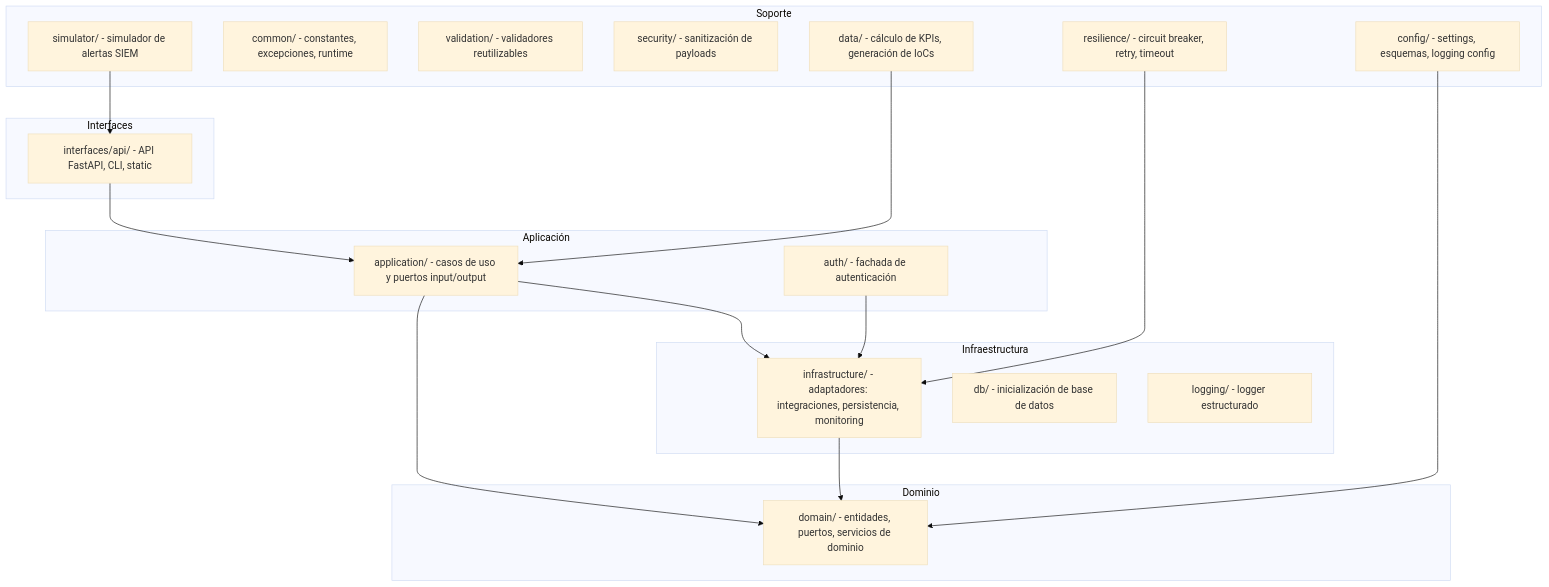
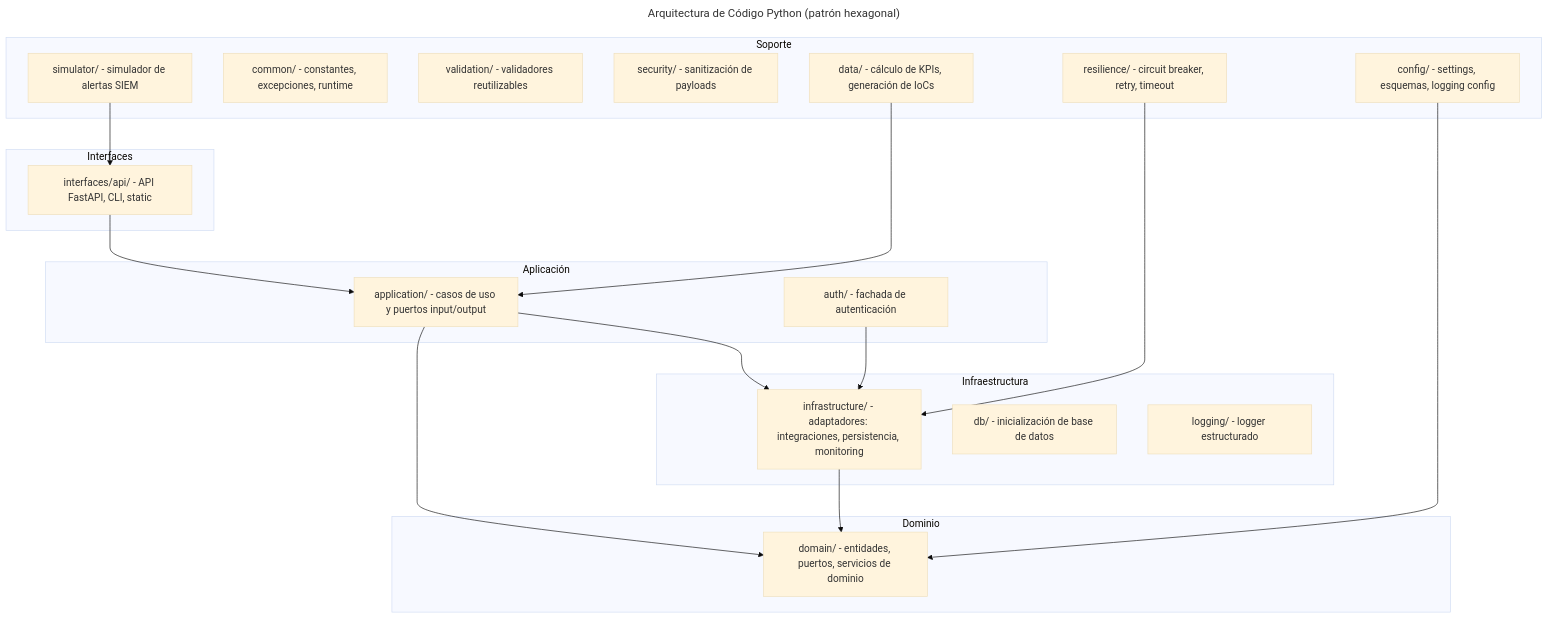
Before and after one commit to alesanfe/soar-ransomware-lab: the second of 11 diagrams in docs/thesis/specific_development.md, drawn with Mermaid (base theme). The commit also changed other lines of this file, not shown here.

First line of the commit message:
docs(thesis): anadir titulo a los 11 diagramas Mermaid

````diff
--- a/docs/thesis/specific_development.md
+++ b/docs/thesis/specific_development.md
@@ -145,41 +148,44 @@
 ```mermaid
+---
+title: Arquitectura de Código Python (patrón hexagonal)
+---
 graph TD
     subgraph Dominio
         D1[domain/ - entidades, puertos, servicios de dominio]
     end
 
     subgraph Aplicación
         A1[application/ - casos de uso y puertos input/output]
         A2[auth/ - fachada de autenticación]
     end
 
     subgraph Infraestructura
         I1[infrastructure/ - adaptadores: integraciones, persistencia, monitoring]
         I2[db/ - inicialización de base de datos]
         I3[logging/ - logger estructurado]
     end
 
     subgraph Interfaces
         IF1[interfaces/api/ - API FastAPI, CLI, static]
     end
 
     subgraph Soporte
         S1[config/ - settings, esquemas, logging config]
         S2[common/ - constantes, excepciones, runtime]
         S3[validation/ - validadores reutilizables]
         S4[security/ - sanitización de payloads]
         S5[resilience/ - circuit breaker, retry, timeout]
         S6[simulator/ - simulador de alertas SIEM]
         S7[data/ - cálculo de KPIs, generación de IoCs]
     end
 
     IF1 --> A1
     A1 --> D1
     A1 --> I1
     I1 --> D1
     A2 --> I1
     S1 --> D1
     S5 --> I1
     S6 --> IF1
     S7 --> A1
 ```
````
